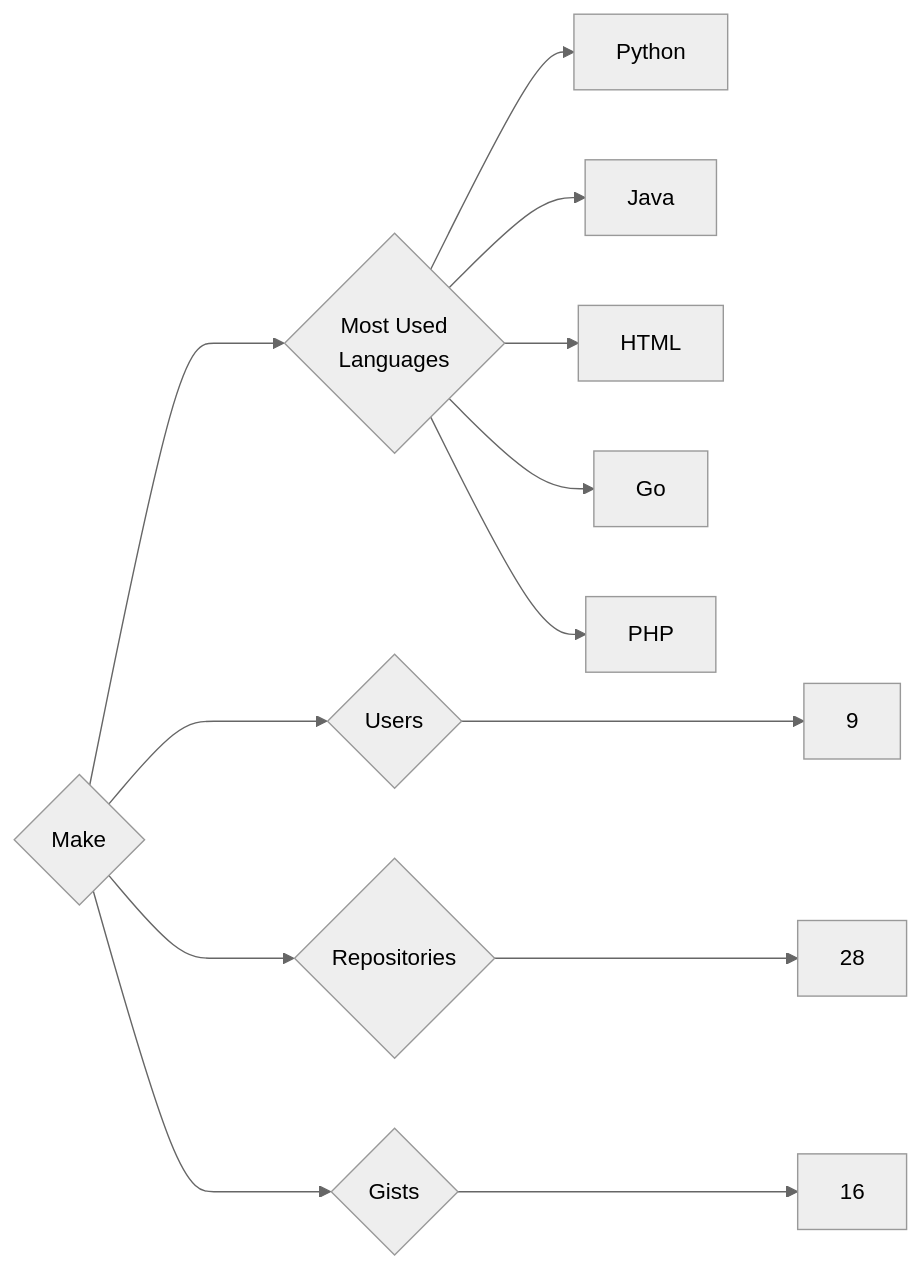
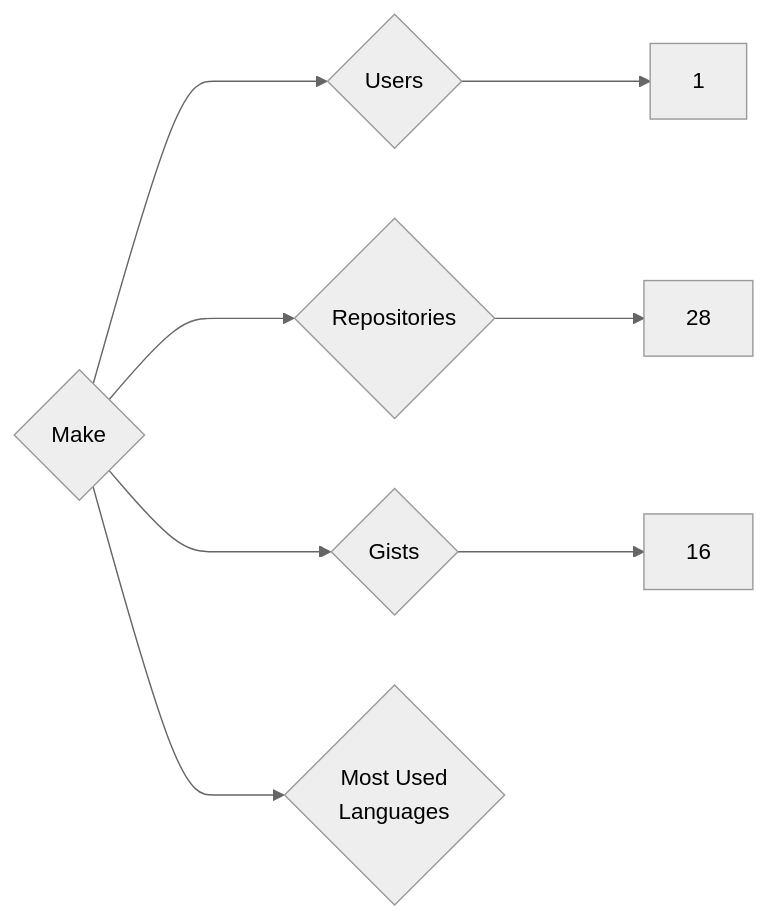
One commit to trickest/insiders changed the diagram in targets/Make/README.md. Above: the diagram before and after it, drawn with Mermaid (neutral theme). The commit also changed 797 other files, not shown here.

````diff
--- a/targets/Make/README.md
+++ b/targets/Make/README.md
@@ -3,13 +3,8 @@
 ```mermaid
 graph LR
 COMPANY_NAME{Make}
-COMPANY_NAME ---> U{Users} ---> UN[9]
+COMPANY_NAME ---> U{Users} ---> UN[1]
 COMPANY_NAME ---> R{Repositories} ---> RN[28]
 COMPANY_NAME ---> G{Gists} ---> GN[16]
 COMPANY_NAME ---> ML{Most Used<br>Languages}
-ML --> Python[Python]
-ML --> Java[Java]
-ML --> HTML[HTML]
-ML --> Go[Go]
-ML --> PHP[PHP]
 ```
````
